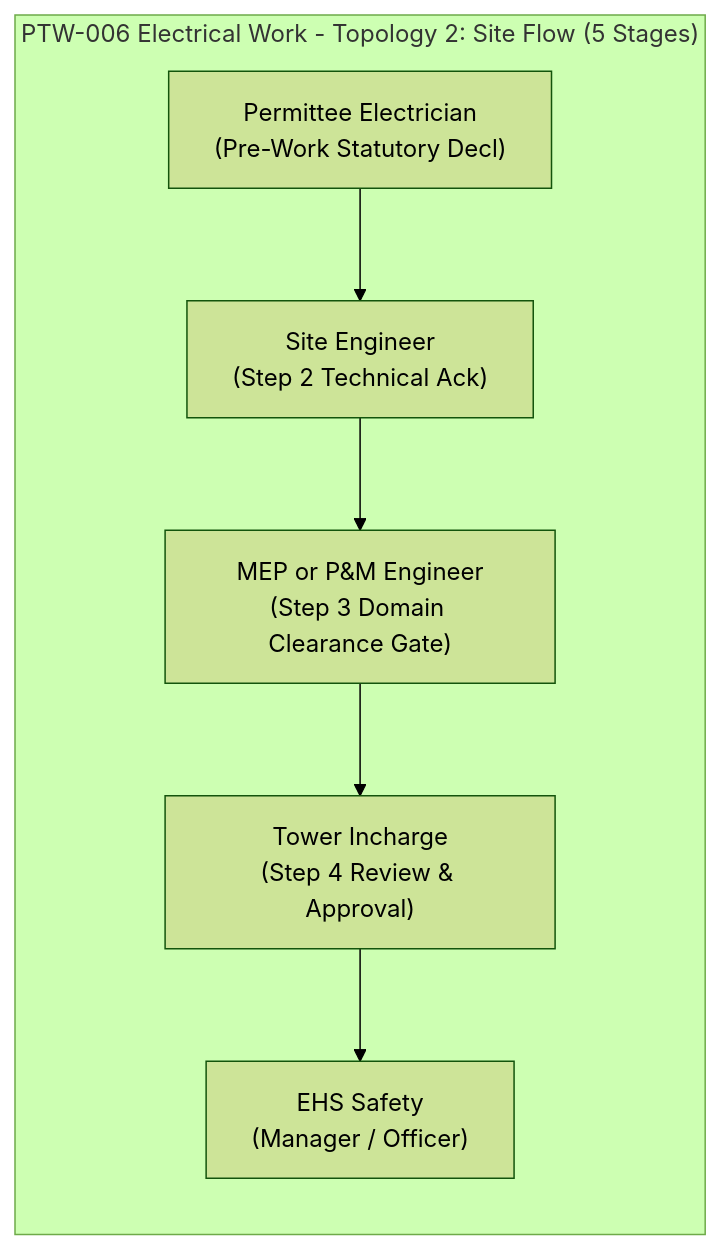
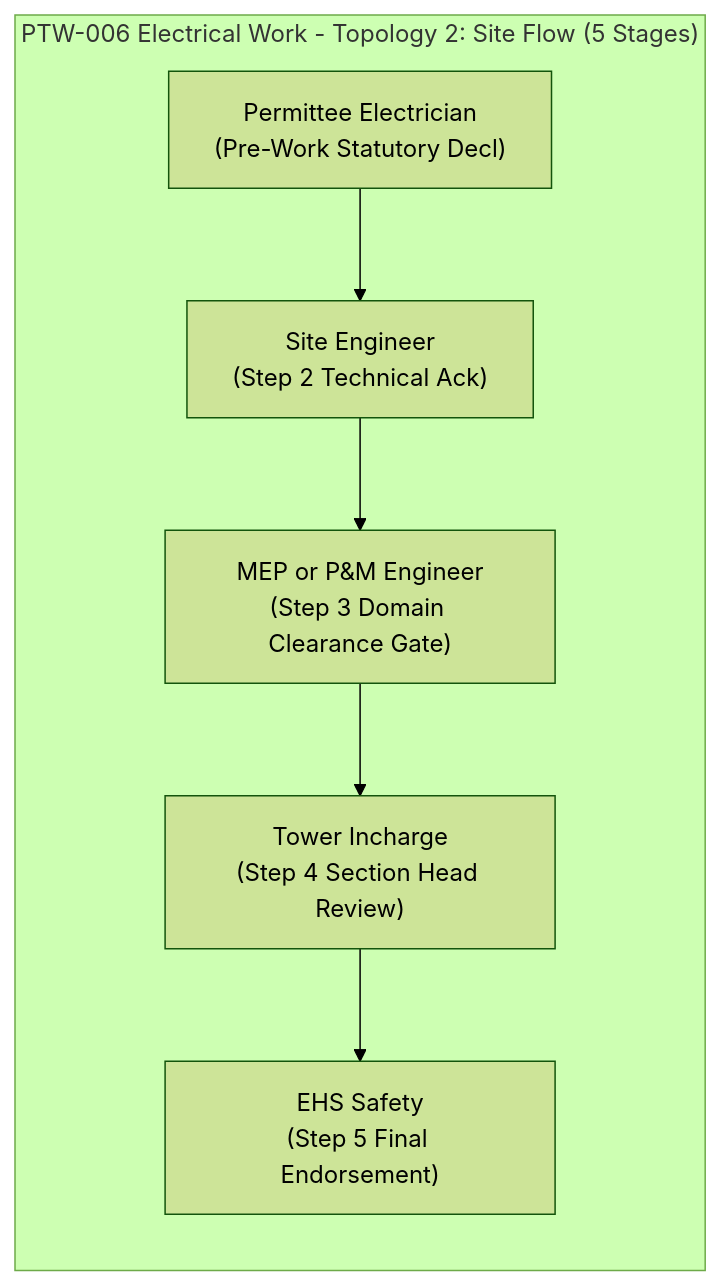
The tenth of 34 diagrams in README.md (AuroGroupAutomationBot/ARPL-EHS-Demo), drawn with Mermaid (forest theme) before and after one commit. The commit also changed other lines of this file and 2 other files, not shown here.

````diff
--- a/README.md
+++ b/README.md
@@ -469,9 +491,9 @@
 ```mermaid
 graph LR
     subgraph "PTW-006 Electrical Work - Topology 2: Site Flow (5 Stages)"
         ELS1["Permittee Electrician<br/>(Pre-Work Statutory Decl)"] --> ELS2["Site Engineer<br/>(Step 2 Technical Ack)"]
         ELS2 --> ELS3["MEP or P&M Engineer<br/>(Step 3 Domain Clearance Gate)"]
-        ELS3 --> ELS4["Tower Incharge<br/>(Step 4 Review & Approval)"]
-        ELS4 --> ELS5["EHS Safety<br/>(Manager / Officer)"]
+        ELS3 --> ELS4["Tower Incharge<br/>(Step 4 Section Head Review)"]
+        ELS4 --> ELS5["EHS Safety<br/>(Step 5 Final Endorsement)"]
     end
 ```
````
